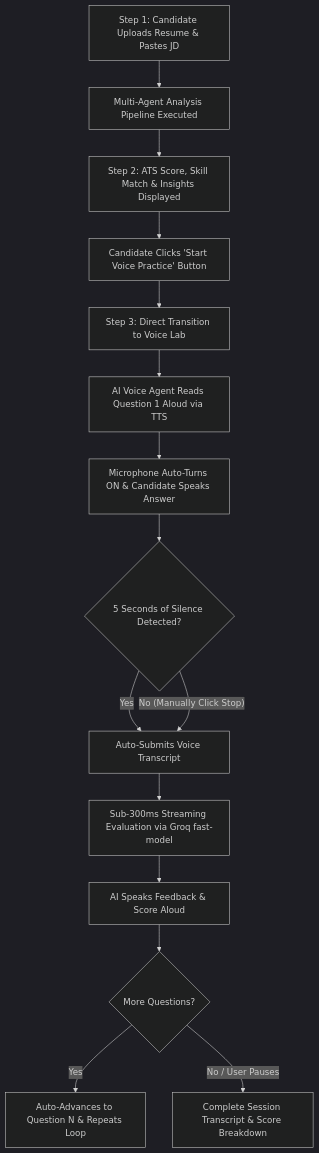
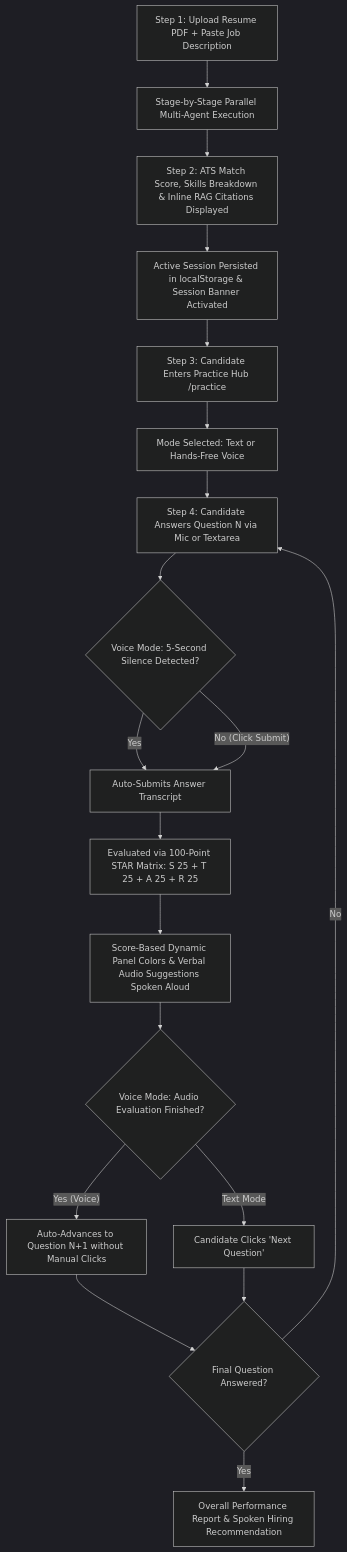
One commit to princeraj27/AI-Resume-Tailor changed the first of 3 diagrams in FLOW.md. Above: the diagram before and after it, drawn with Mermaid (dark theme). The commit also changed other lines of this file, not shown here.

Commit message:
docs: update FLOW.md with architecture, hands-free voice loop, STAR 100-point grading matrix, and dynamic score themes

````diff
--- a/FLOW.md
+++ b/FLOW.md
@@ -38,17 +40,21 @@
 ```mermaid
 graph TD
-    A[Step 1: Candidate Uploads Resume & Pastes JD] --> B[Multi-Agent Analysis Pipeline Executed]
-    B --> C[Step 2: ATS Score, Skill Match & Insights Displayed]
-    C --> D[Candidate Clicks 'Start Voice Practice' Button]
-    D --> E[Step 3: Direct Transition to Voice Lab]
-    E --> F[AI Voice Agent Reads Question 1 Aloud via TTS]
-    F --> G[Microphone Auto-Turns ON & Candidate Speaks Answer]
-    G --> H{5 Seconds of Silence Detected?}
-    H -- Yes --> I[Auto-Submits Voice Transcript]
-    H -- No (Manually Click Stop) --> I
-    I --> J[Sub-300ms Streaming Evaluation via Groq fast-model]
-    J --> K[AI Speaks Feedback & Score Aloud]
-    K --> L{More Questions?}
-    L -- Yes --> M[Auto-Advances to Question N & Repeats Loop]
-    L -- No / User Pauses --> N[Complete Session Transcript & Score Breakdown]
+    A[Step 1: Upload Resume PDF + Paste Job Description] --> B[Stage-by-Stage Parallel Multi-Agent Execution]
+    B --> C[Step 2: ATS Match Score, Skills Breakdown & Inline RAG Citations Displayed]
+    C --> D[Active Session Persisted in localStorage & Session Banner Activated]
+    D --> E[Step 3: Candidate Enters Practice Hub /practice]
+    E --> F[Mode Selected: Text or Hands-Free Voice]
+    F --> G[Step 4: Candidate Answers Question N via Mic or Textarea]
+    G --> H{Voice Mode: 5-Second Silence Detected?}
+    H -- Yes --> I[Auto-Submits Answer Transcript]
+    H -- No (Click Submit) --> I
+    I --> J[Evaluated via 100-Point STAR Matrix: S 25 + T 25 + A 25 + R 25]
+    J --> K[Score-Based Dynamic Panel Colors & Verbal Audio Suggestions Spoken Aloud]
+    K --> L{Voice Mode: Audio Evaluation Finished?}
+    L -- Yes (Voice) --> M[Auto-Advances to Question N+1 without Manual Clicks]
+    L -- Text Mode --> N[Candidate Clicks 'Next Question']
+    M --> O{Final Question Answered?}
+    N --> O
+    O -- Yes --> P[Overall Performance Report & Spoken Hiring Recommendation]
+    O -- No --> G
 ```
````
